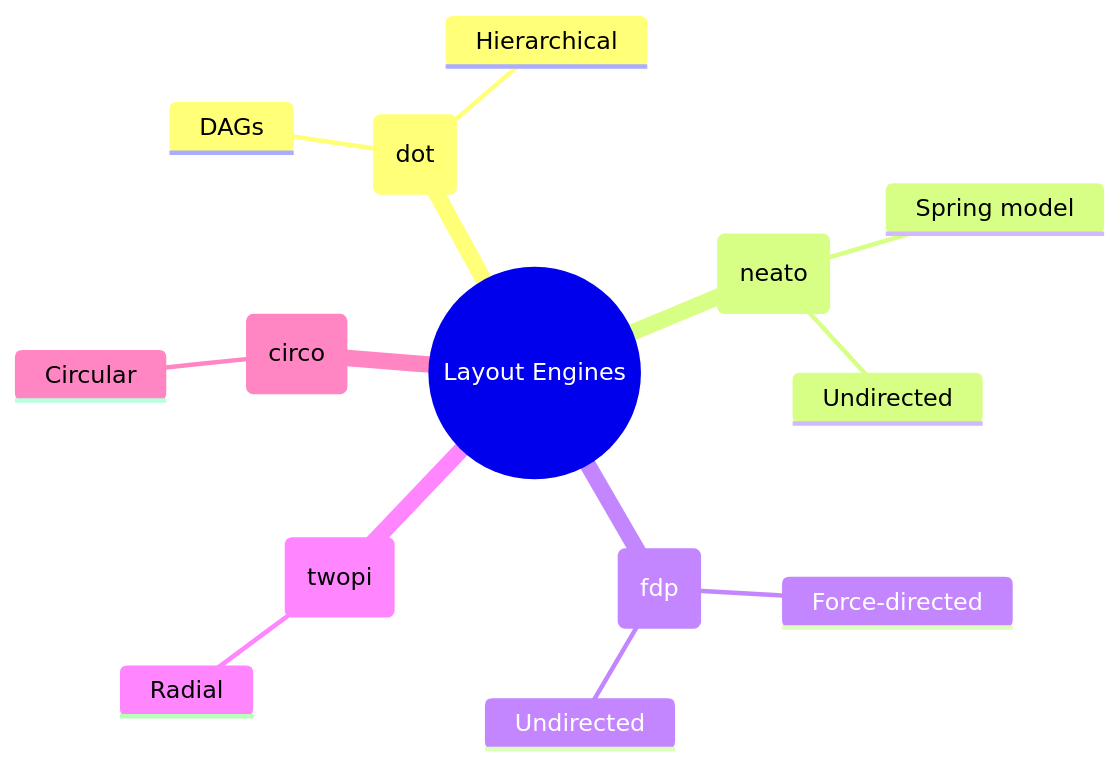
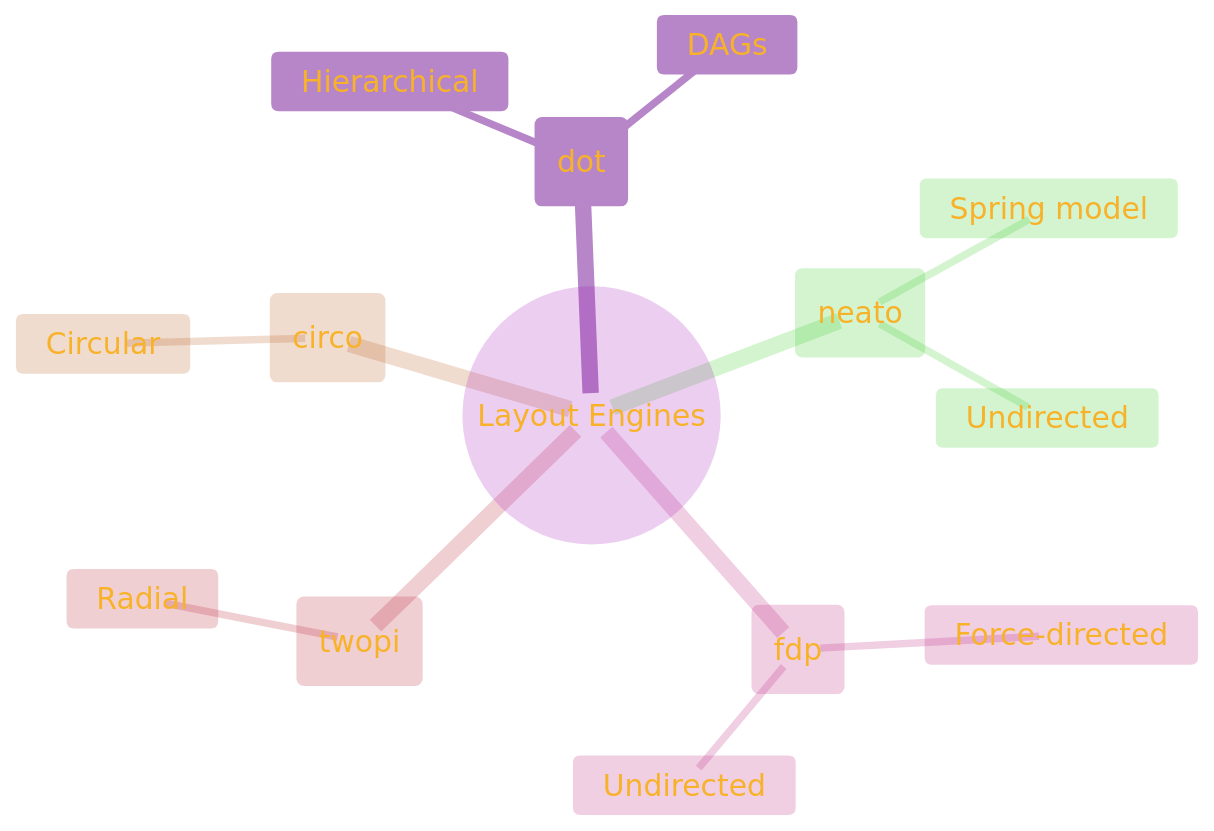
One commit to CongLeSolutionX/The-Language-Atlas changed the eighth of 9 diagrams in regions/DOT_language/PART_2/Gallery_of_DOT_Concepts.md. Above: the diagram before and after it, drawn with Mermaid. The commit also changed other lines of this file, not shown here.

````diff
--- a/regions/DOT_language/PART_2/Gallery_of_DOT_Concepts.md
+++ b/regions/DOT_language/PART_2/Gallery_of_DOT_Concepts.md
@@ -154,22 +347,46 @@
 ```mermaid
+---
+title: "CHANGE_ME_DADDY"
+author: "Cong Le"
+version: "1.0"
+license(s): "MIT, CC BY 4.0"
+copyright: "Copyright (c) 2025 Cong Le. All Rights Reserved."
+config:
+  theme: base
+---
+%%%%%%%% Mermaid version v11.4.1-b.14
+%%{
+  init: {
+    'fontFamily': 'Monaco',
+    'themeVariables': {
+      'primaryColor': '#D5E3',
+      'primaryTextColor': '#F8B229',
+      'primaryBorderColor': '#27AE60',
+      'secondaryColor': '#EBDEF0',
+      'secondaryTextColor': '#6C3483',
+      'secondaryBorderColor': '#A569BD',
+      'fontSize': '20px'
+    }
+  }
+}%%
 mindmap
 root(("Layout Engines"))
-    dot("dot")
-    ::icon(fa fa-sitemap)
-      Hierarchical
-      DAGs
-    neato("neato")
-    ::icon(fa fa-project-diagram)
-      Spring model
-      Undirected
-    fdp("fdp")
-    ::icon(fa fa-share-alt-square)
-      Force-directed
-      Undirected
-    twopi("twopi")
-    ::icon(fa fa-bullseye)
-      Radial
-    circo("circo")
-    ::icon(fa fa-circle-notch)
-      Circular
+  dot("dot")
+  ::icon(fa fa-sitemap)
+    Hierarchical
+    DAGs
+  neato("neato")
+  ::icon(fa fa-project-diagram)
+    Spring model
+    Undirected
+  fdp("fdp")
+  ::icon(fa fa-share-alt-square)
+    Force-directed
+    Undirected
+  twopi("twopi")
+  ::icon(fa fa-bullseye)
+    Radial
+  circo("circo")
+  ::icon(fa fa-circle-notch)
+    Circular
 ```
````
